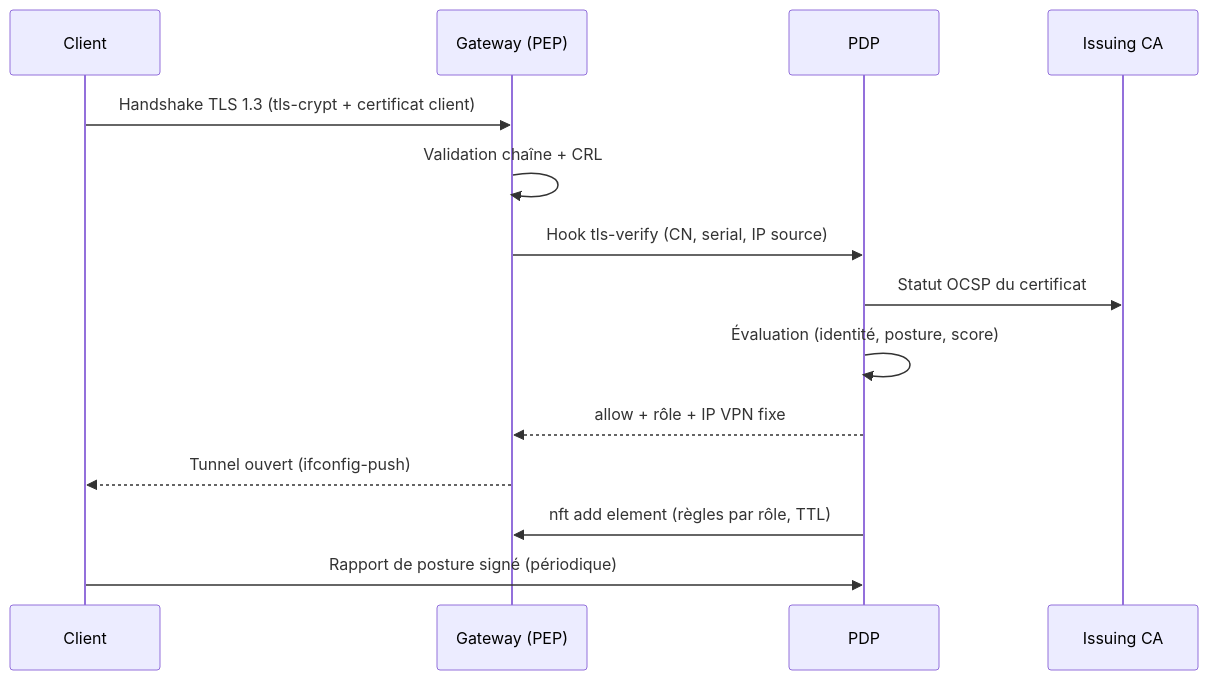
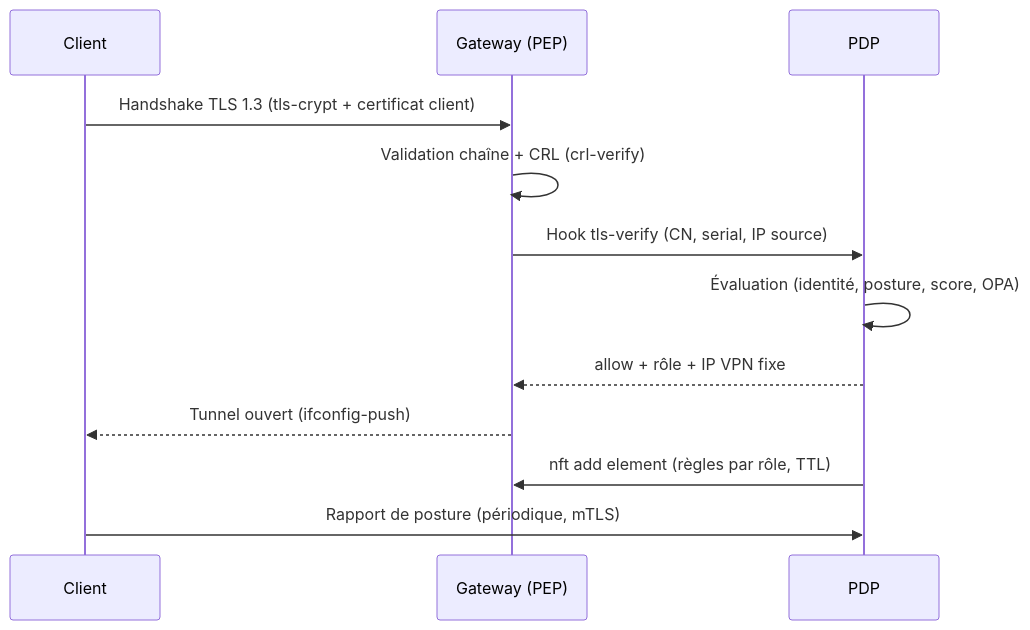
The third of 4 diagrams in docs/02-architecture.md (Ahmed1-Rebai/ZT-PKI-AI), drawn with Mermaid before and after one commit. The commit also changed other lines of this file and 105 other files, not shown here.

````diff
--- a/docs/02-architecture.md
+++ b/docs/02-architecture.md
@@ -91,16 +90,14 @@
 ```mermaid
 sequenceDiagram
   participant C as Client
   participant GW as Gateway (PEP)
   participant PDP as PDP
-  participant CA as Issuing CA
   C->>GW: Handshake TLS 1.3 (tls-crypt + certificat client)
-  GW->>GW: Validation chaîne + CRL
+  GW->>GW: Validation chaîne + CRL (crl-verify)
   GW->>PDP: Hook tls-verify (CN, serial, IP source)
-  PDP->>CA: Statut OCSP du certificat
-  PDP->>PDP: Évaluation (identité, posture, score)
+  PDP->>PDP: Évaluation (identité, posture, score, OPA)
   PDP-->>GW: allow + rôle + IP VPN fixe
   GW-->>C: Tunnel ouvert (ifconfig-push)
   PDP->>GW: nft add element (règles par rôle, TTL)
-  C->>PDP: Rapport de posture signé (périodique)
+  C->>PDP: Rapport de posture (périodique, mTLS)
 ```
````
